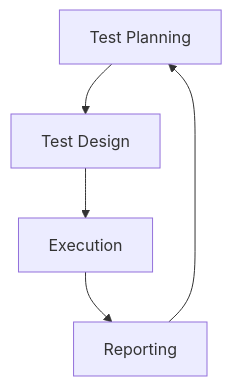
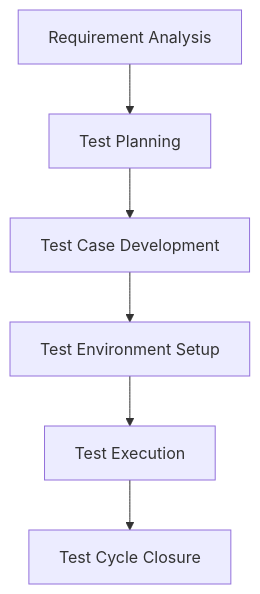
Before and after one commit to rafayethossain/rafayethossain.github.io: the diagram in _posts/2018-09-01-Introduction-to-Software-Testing-Process-and-Test Activities.md, drawn with Mermaid. The commit also changed other lines of this file and 60 other files, not shown here.

````diff
--- a/_posts/2018-09-01-Introduction-to-Software-Testing-Process-and-Test Activities.md
+++ b/_posts/2018-09-01-Introduction-to-Software-Testing-Process-and-Test Activities.md
@@ -69,7 +54,8 @@
 ```mermaid
 graph TD
-    A[Test Planning] --> B[Test Design]
-    B --> C[Execution]
-    C --> D[Reporting]
-    D --> A
+    A[Requirement Analysis] --> B[Test Planning]
+    B --> C[Test Case Development]
+    C --> D[Test Environment Setup]
+    D --> E[Test Execution]
+    E --> F[Test Cycle Closure]
 ```
````
